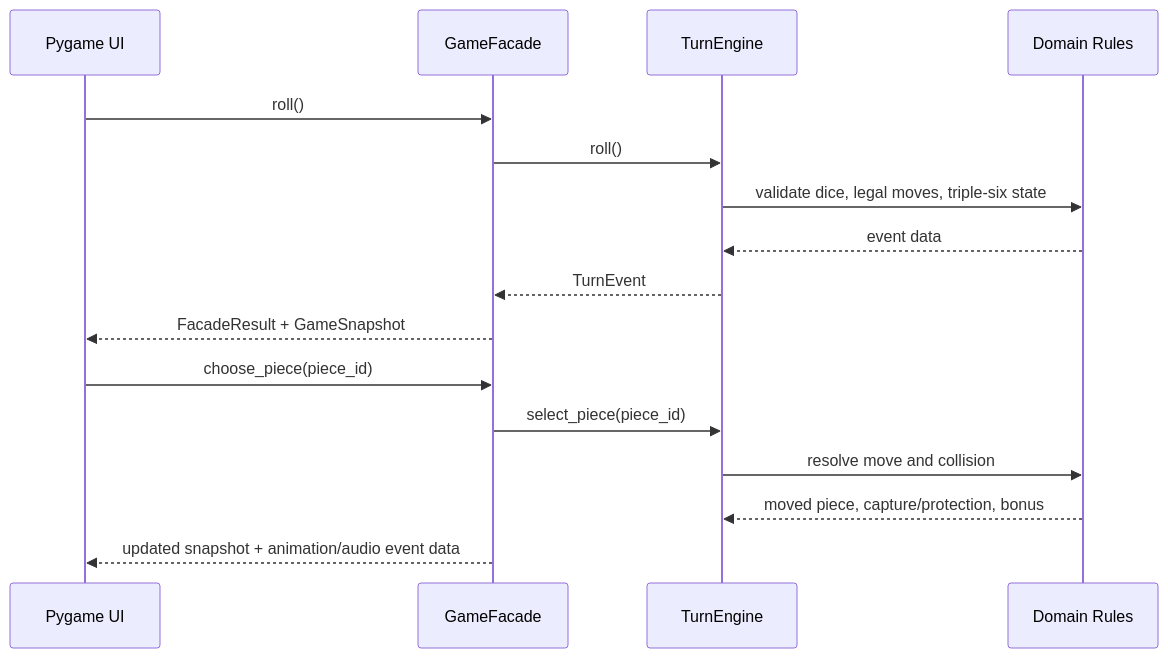
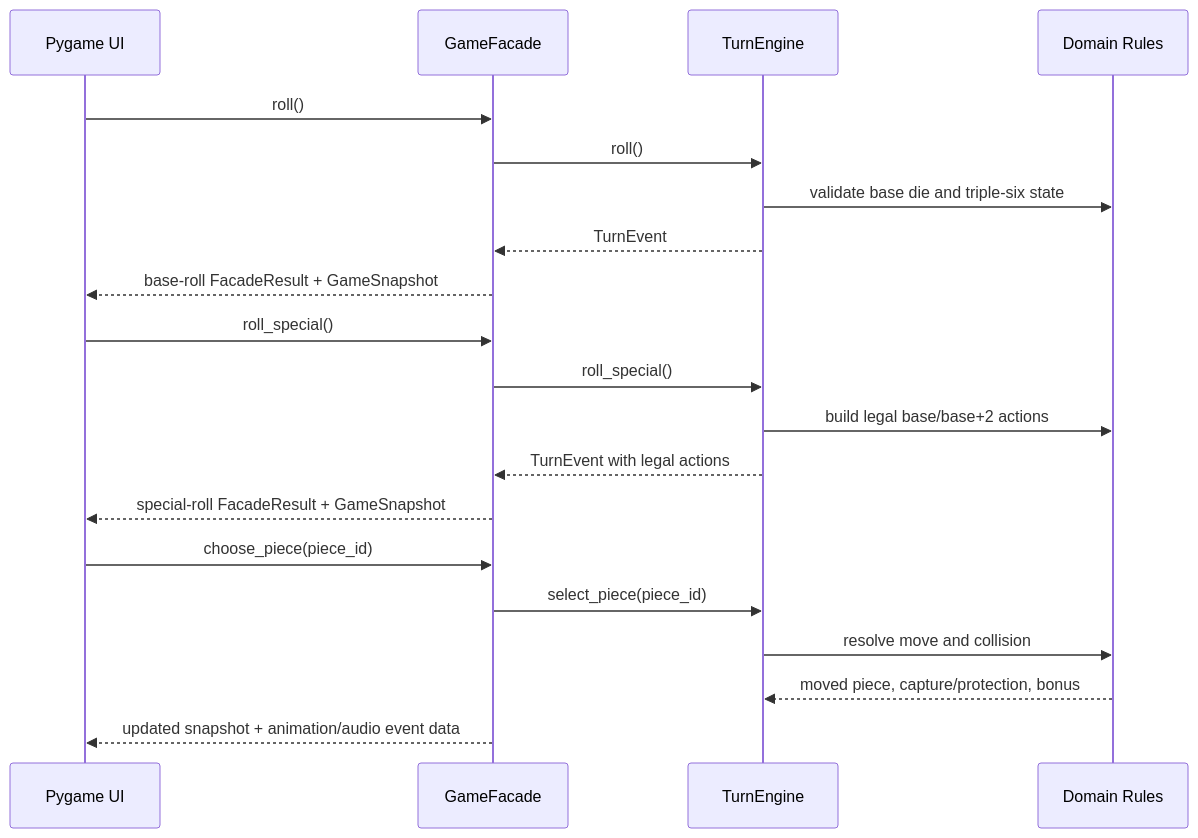
Before and after one commit to bitarfahed/Ludo-game: the fourth of 4 diagrams in docs/PLAN.md, drawn with Mermaid. The commit also changed other lines of this file and 6 other files, not shown here.

````diff
--- a/docs/PLAN.md
+++ b/docs/PLAN.md
@@ -224,19 +234,23 @@
 ```mermaid
 sequenceDiagram
     participant UI as Pygame UI
     participant App as GameFacade
     participant Turns as TurnEngine
     participant Domain as Domain Rules
 
     UI->>App: roll()
     App->>Turns: roll()
-    Turns->>Domain: validate dice, legal moves, triple-six state
-    Domain-->>Turns: event data
+    Turns->>Domain: validate base die and triple-six state
     Turns-->>App: TurnEvent
-    App-->>UI: FacadeResult + GameSnapshot
+    App-->>UI: base-roll FacadeResult + GameSnapshot
+    UI->>App: roll_special()
+    App->>Turns: roll_special()
+    Turns->>Domain: build legal base/base+2 actions
+    Turns-->>App: TurnEvent with legal actions
+    App-->>UI: special-roll FacadeResult + GameSnapshot
     UI->>App: choose_piece(piece_id)
     App->>Turns: select_piece(piece_id)
     Turns->>Domain: resolve move and collision
     Domain-->>Turns: moved piece, capture/protection, bonus
     App-->>UI: updated snapshot + animation/audio event data
 ```
````
